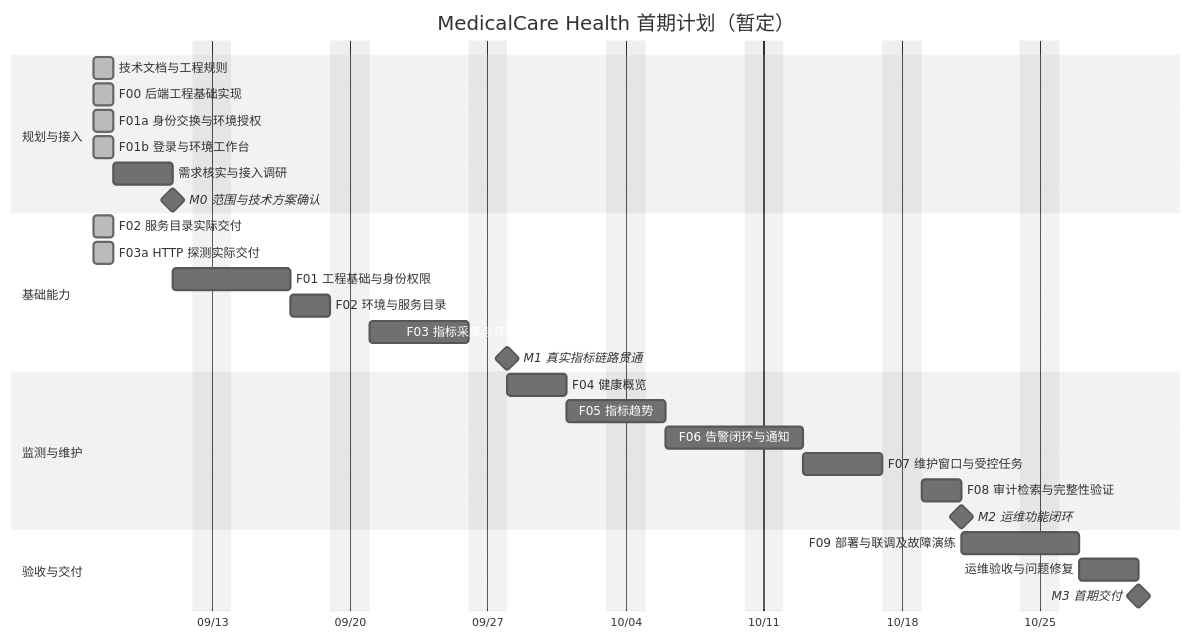
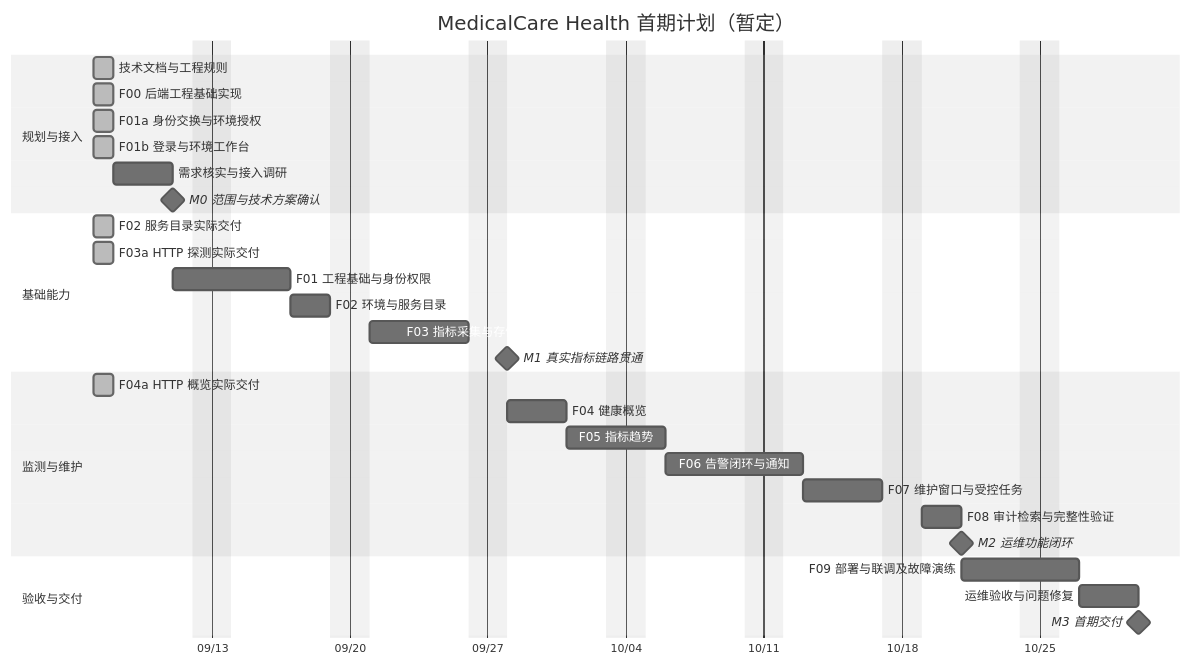
The diagram in docs/project-plan.md (lafie-s/MedicalCare_Health), drawn with Mermaid (neutral theme) before and after one commit. The commit also changed other lines of this file and 15 other files, not shown here.

````diff
--- a/docs/project-plan.md
+++ b/docs/project-plan.md
@@ -13,32 +13,33 @@
 ```mermaid
 gantt
     title MedicalCare Health 首期计划（暂定）
     dateFormat YYYY-MM-DD
     axisFormat %m/%d
     excludes weekends
     section 规划与接入
     技术文档与工程规则              :done, docs, 2026-09-07, 1d
     F00 后端工程基础实现           :done, f00, 2026-09-07, 1d
     F01a 身份交换与环境授权        :done, f01a, 2026-09-07, 1d
     F01b 登录与环境工作台          :done, f01b, 2026-09-07, 1d
     需求核实与接入调研              :a0, 2026-09-08, 3d
     M0 范围与技术方案确认           :milestone, m0, after a0, 0d
     section 基础能力
     F02 服务目录实际交付           :done, f02actual, 2026-09-07, 1d
     F03a HTTP 探测实际交付         :done, f03actual, 2026-09-07, 1d
     F01 工程基础与身份权限          :a1, after m0, 4d
     F02 环境与服务目录              :a2, after a1, 2d
     F03 指标采集与存储接入          :a3, after a2, 5d
     M1 真实指标链路贯通             :milestone, m1, after a3, 0d
     section 监测与维护
+    F04a HTTP 概览实际交付         :done, f04actual, 2026-09-07, 1d
     F04 健康概览                   :a4, after m1, 3d
     F05 指标趋势                   :a5, after a4, 3d
     F06 告警闭环与通知              :a6, after a5, 5d
     F07 维护窗口与受控任务          :a7, after a6, 4d
     F08 审计检索与完整性验证        :a8, after a7, 2d
     M2 运维功能闭环                :milestone, m2, after a8, 0d
     section 验收与交付
     F09 部署与联调及故障演练        :a9, after m2, 4d
     运维验收与问题修复              :a10, after a9, 3d
     M3 首期交付                    :milestone, m3, after a10, 0d
 ```
````
